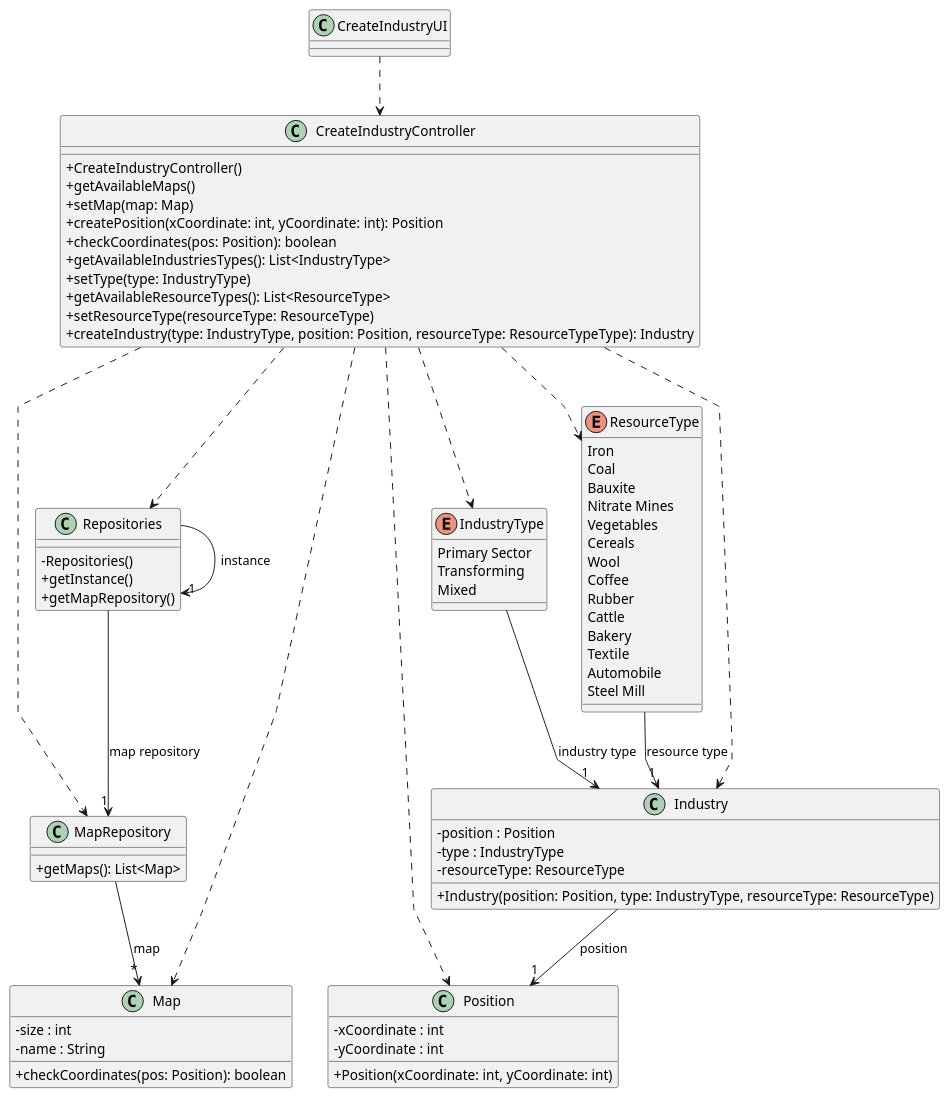
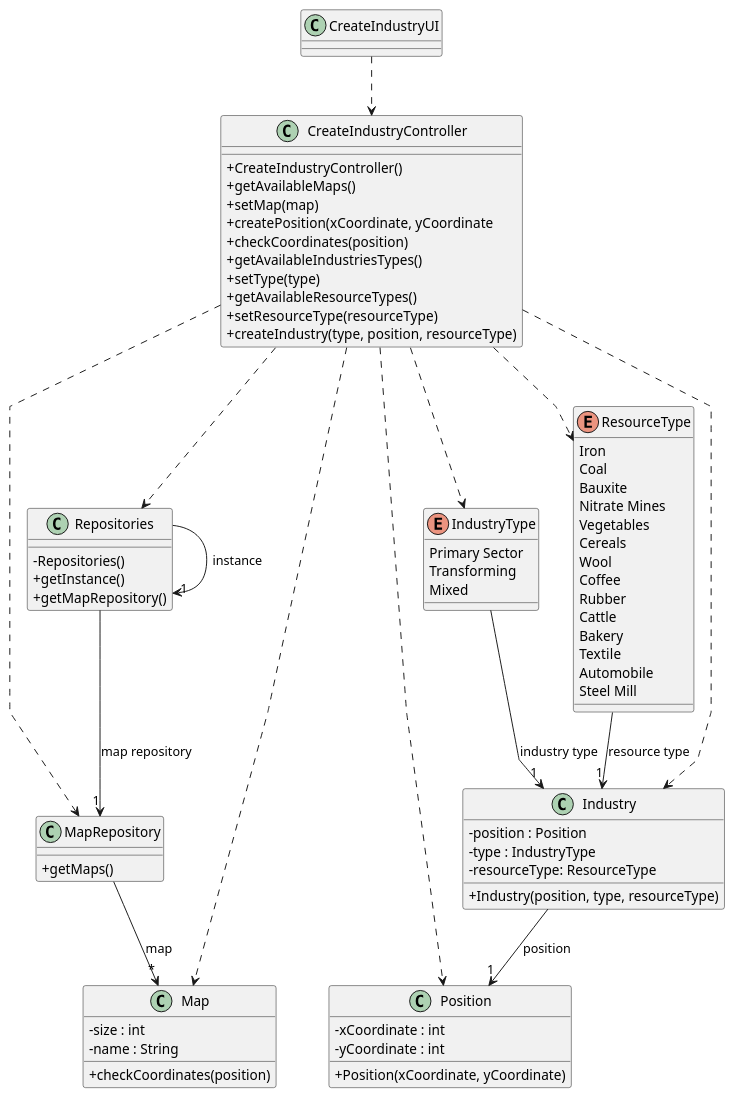
Before and after one commit to 1240935/pi2-railway-simulator: the diagram in Sprint2/US002/03.design/puml/US002-CD.puml, drawn with PlantUML. The commit also changed 32 other files, not shown here.

```diff
--- a/Sprint2/US002/03.design/puml/US002-CD.puml
+++ b/Sprint2/US002/03.design/puml/US002-CD.puml
@@ -1,96 +1,96 @@
 @startuml
 'skinparam monochrome true
 skinparam packageStyle rectangle
 skinparam shadowing false
 skinparam linetype polyline
 'skinparam linetype orto
 
 skinparam classAttributeIconSize 0
 
 'left to right direction
 
   class CreateIndustryUI{
   }
 
   class CreateIndustryController {
     +CreateIndustryController()
     +getAvailableMaps()
-    +setMap(map: Map)
-    +createPosition(xCoordinate: int, yCoordinate: int): Position
-    +checkCoordinates(pos: Position): boolean
-    +getAvailableIndustriesTypes(): List<IndustryType>
-    +setType(type: IndustryType)
-    +getAvailableResourceTypes(): List<ResourceType>
-    +setResourceType(resourceType: ResourceType)
-    +createIndustry(type: IndustryType, position: Position, resourceType: ResourceTypeType): Industry
+    +setMap(map)
+    +createPosition(xCoordinate, yCoordinate
+    +checkCoordinates(position)
+    +getAvailableIndustriesTypes()
+    +setType(type)
+    +getAvailableResourceTypes()
+    +setResourceType(resourceType)
+    +createIndustry(type, position, resourceType)
   }
 
 
   class Repositories {
       - Repositories()
       + getInstance()
       + getMapRepository()
   }
   class MapRepository {
-    +getMaps(): List<Map>
+    +getMaps()
   }
 
   class Industry {
     -position : Position
     -type : IndustryType
     -resourceType: ResourceType
-    +Industry(position: Position, type: IndustryType, resourceType: ResourceType)
+    +Industry(position, type, resourceType)
   }
 
   class Map {
     - size : int
     - name : String
-    +checkCoordinates(pos: Position): boolean
+    +checkCoordinates(position)
   }
 
   class Position {
     -xCoordinate : int
     -yCoordinate : int
-    +Position(xCoordinate: int, yCoordinate: int)
+    +Position(xCoordinate, yCoordinate)
   }
 
   enum IndustryType{
     Primary Sector
     Transforming
     Mixed
   }
 
   enum ResourceType{
     Iron
     Coal
     Bauxite
     Nitrate Mines
     Vegetables
     Cereals
     Wool
     Coffee
     Rubber
     Cattle
     Bakery
     Textile
     Automobile
     Steel Mill
   }
 
 
 CreateIndustryUI ..> CreateIndustryController
 CreateIndustryController ..>  Repositories
 CreateIndustryController ..>  MapRepository
 CreateIndustryController ..>  Map
 CreateIndustryController ..> Position
 CreateIndustryController ..> IndustryType
 CreateIndustryController ..> ResourceType
 CreateIndustryController ..> Industry
 Repositories --> "1" MapRepository : map repository
 Repositories -> "1" Repositories : instance
 MapRepository --> "*" Map : map
 Industry --> "1" Position : position
 IndustryType --> "1" Industry : industry type
 ResourceType --> "1" Industry : resource type
 
 @enduml
```
